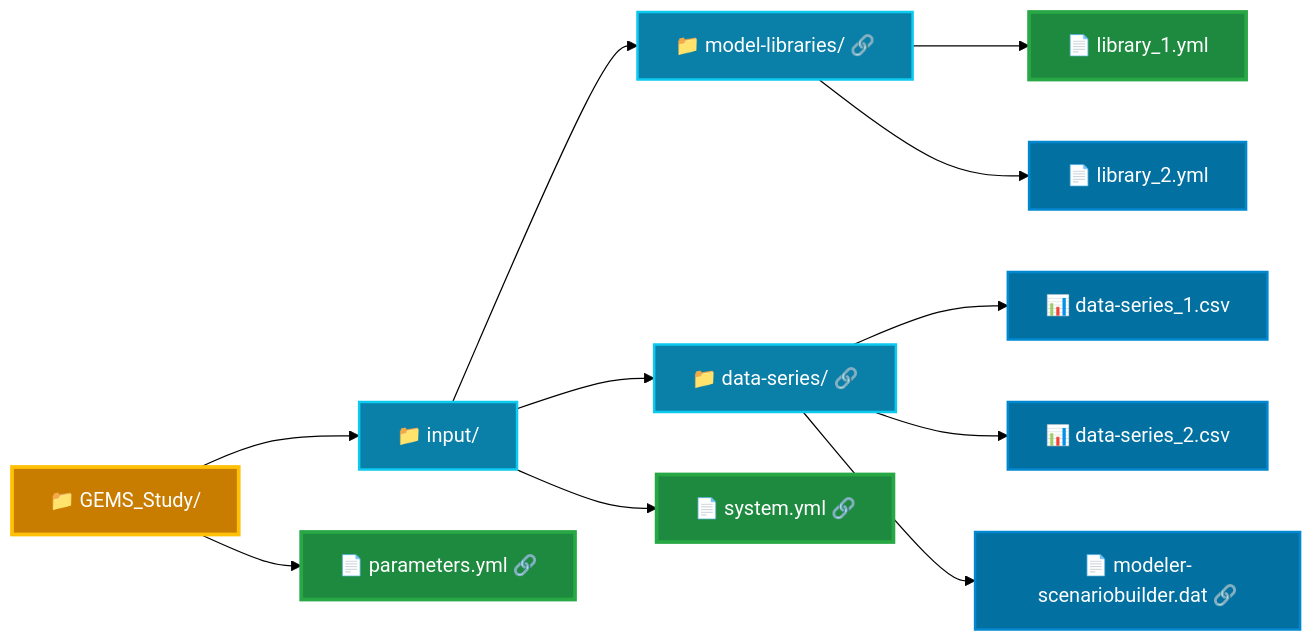
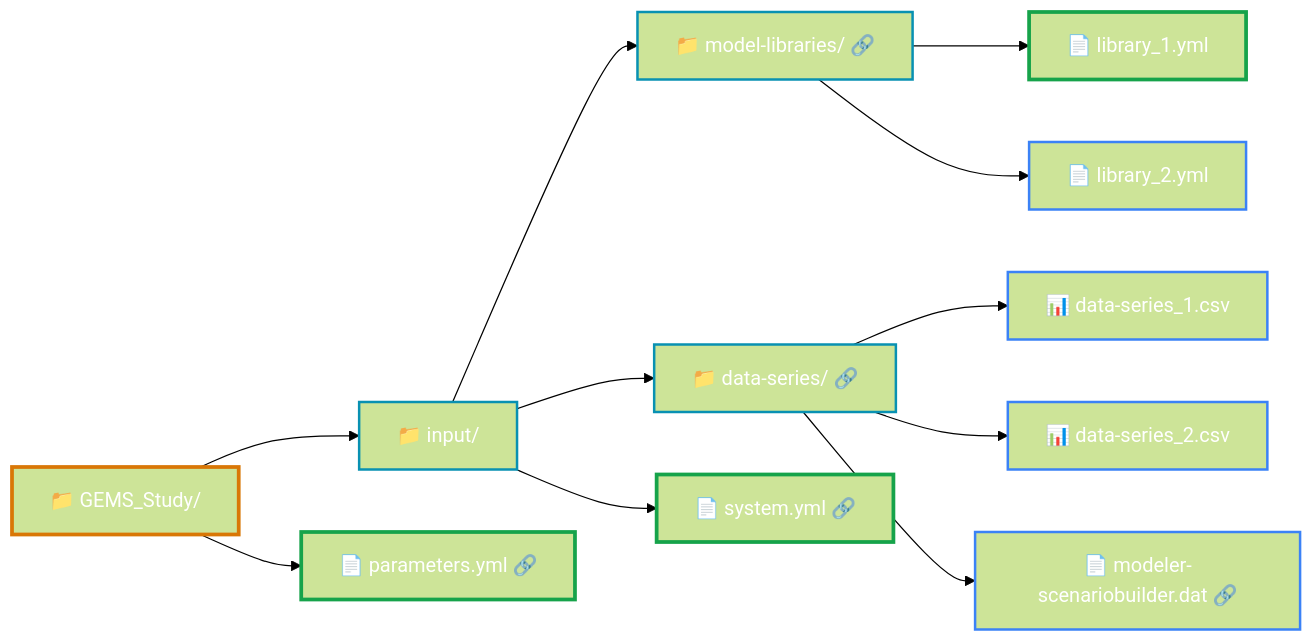
Before and after one commit to AntaresSimulatorTeam/GEMS: the diagram in doc/user-guide/file-structure/overview.md, drawn with Mermaid (forest theme).

Commit message:
uniform color - good at dark/light mode

````diff
--- a/doc/user-guide/file-structure/overview.md
+++ b/doc/user-guide/file-structure/overview.md
@@ -13,45 +13,45 @@
 ```mermaid
 flowchart LR
     Study["📁 GEMS_Study/"]
     Input["📁 input/"]
     ModelLib["📁 model-libraries/ 🔗"]
     DataSeries["📁 data-series/ 🔗"]
     
     System["📄 system.yml 🔗"]
     Params["📄 parameters.yml 🔗"]
     Lib1["📄 library_1.yml"]
     Lib2["📄 library_2.yml"]
     Data1["📊 data-series_1.csv"]
     Data2["📊 data-series_2.csv"]
     Scenario["📄 modeler-scenariobuilder.dat 🔗"]
     
     Study --> Input
     Study --> Params
     Input --> ModelLib
     Input --> System
     Input --> DataSeries
     ModelLib --> Lib1
     ModelLib --> Lib2
     DataSeries --> Data1
     DataSeries --> Data2
     DataSeries --> Scenario
     
-    style Study fill:#c97d00,stroke:#ffc107,stroke-width:3px,color:#ffffff
-    style Input fill:#0a7fa8,stroke:#0dcaf0,stroke-width:2px,color:#ffffff
-    style ModelLib fill:#0a7fa8,stroke:#0dcaf0,stroke-width:2px,color:#ffffff
-    style DataSeries fill:#0a7fa8,stroke:#0dcaf0,stroke-width:2px,color:#ffffff
-    style System fill:#1e8a3f,stroke:#28a745,stroke-width:3px,color:#ffffff
-    style Params fill:#1e8a3f,stroke:#28a745,stroke-width:3px,color:#ffffff
-    style Lib1 fill:#1e8a3f,stroke:#28a745,stroke-width:3px,color:#ffffff
-    style Lib2 fill:#0270a0,stroke:#0288d1,stroke-width:2px,color:#ffffff
-    style Data1 fill:#0270a0,stroke:#0288d1,stroke-width:2px,color:#ffffff
-    style Data2 fill:#0270a0,stroke:#0288d1,stroke-width:2px,color:#ffffff
-    style Scenario fill:#0270a0,stroke:#0288d1,stroke-width:2px,color:#ffffff
+    style Study stroke:#d97706,stroke-width:3px,color:#ffffff
+    style Input stroke:#0891b2,stroke-width:2px,color:#ffffff
+    style ModelLib stroke:#0891b2,stroke-width:2px,color:#ffffff
+    style DataSeries stroke:#0891b2,stroke-width:2px,color:#ffffff
+    style System stroke:#16a34a,stroke-width:3px,color:#ffffff
+    style Params stroke:#16a34a,stroke-width:3px,color:#ffffff
+    style Lib1 stroke:#16a34a,stroke-width:3px,color:#ffffff
+    style Lib2 stroke:#3b82f6,stroke-width:2px,color:#ffffff
+    style Data1 stroke:#3b82f6,stroke-width:2px,color:#ffffff
+    style Data2 stroke:#3b82f6,stroke-width:2px,color:#ffffff
+    style Scenario stroke:#3b82f6,stroke-width:2px,color:#ffffff
 
     
     click ModelLib "../library/"
     click System "../system/"
     click DataSeries "../data-series/"
     click Scenario "../scenario-builder/"
     click Params "../solver-optimization/"
 ```
````
